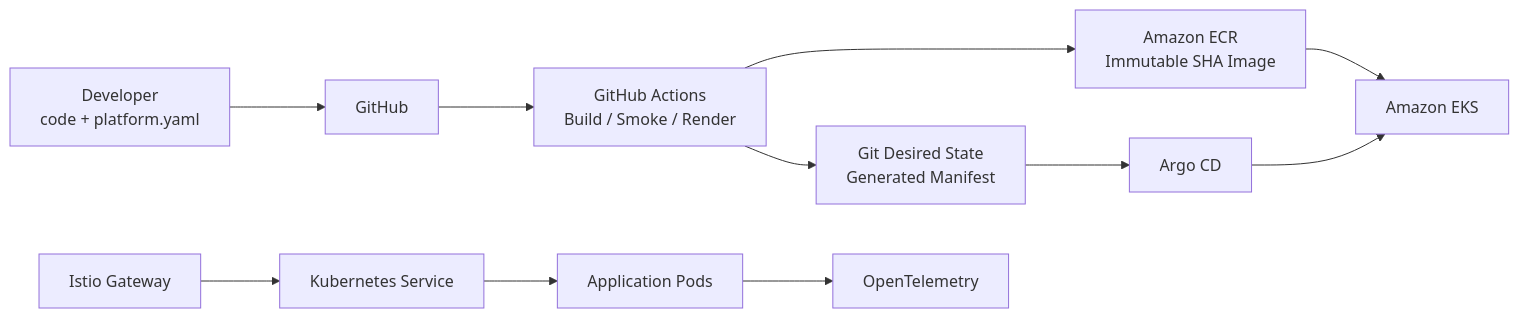
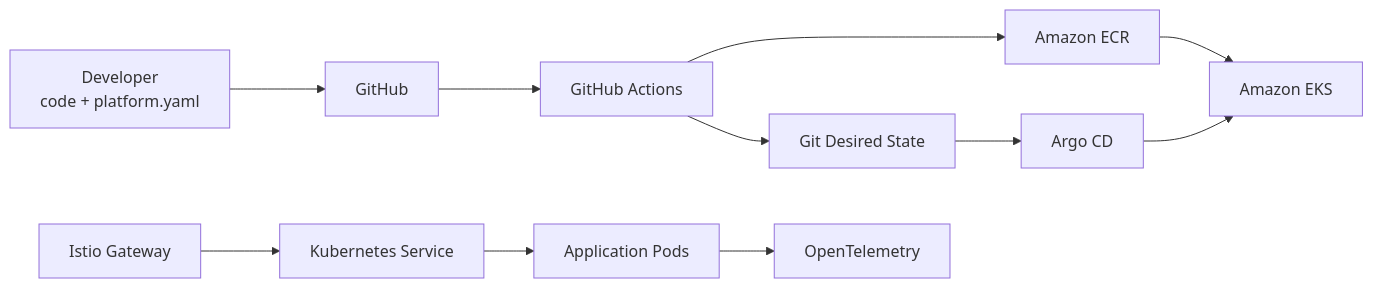
One commit to 1716964609/tvp-poc changed the diagram in README.md. Above: the diagram before and after it, drawn with Mermaid. The commit also changed other lines of this file, not shown here.

```diff
--- a/README.md
+++ b/README.md
@@ -25,25 +73,30 @@
 ~~~mermaid
 flowchart LR
+
     Dev["Developer<br/>code + platform.yaml"]
-    GH["GitHub"]
-    CI["GitHub Actions<br/>Build / Smoke / Render"]
-    ECR["Amazon ECR<br/>Immutable SHA Image"]
-    Git["Git Desired State<br/>Generated Manifest"]
+    GitHub["GitHub"]
+    CI["GitHub Actions"]
+    ECR["Amazon ECR"]
+    Desired["Git Desired State"]
     Argo["Argo CD"]
     EKS["Amazon EKS"]
     Istio["Istio Gateway"]
-    Svc["Kubernetes Service"]
+    Service["Kubernetes Service"]
     Pods["Application Pods"]
     OTel["OpenTelemetry"]
 
-    Dev --> GH
-    GH --> CI
+    Dev --> GitHub
+    GitHub --> CI
+
     CI --> ECR
-    CI --> Git
-    Git --> Argo
+    CI --> Desired
+
+    Desired --> Argo
     Argo --> EKS
     ECR --> EKS
 
-    Istio --> Svc --> Pods
+    Istio --> Service
+    Service --> Pods
+
     Pods --> OTel
 ~~~
```
